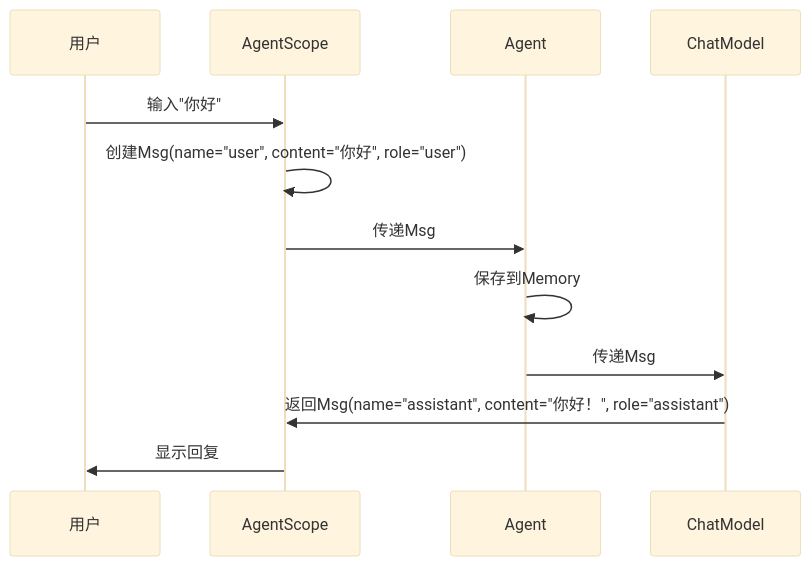
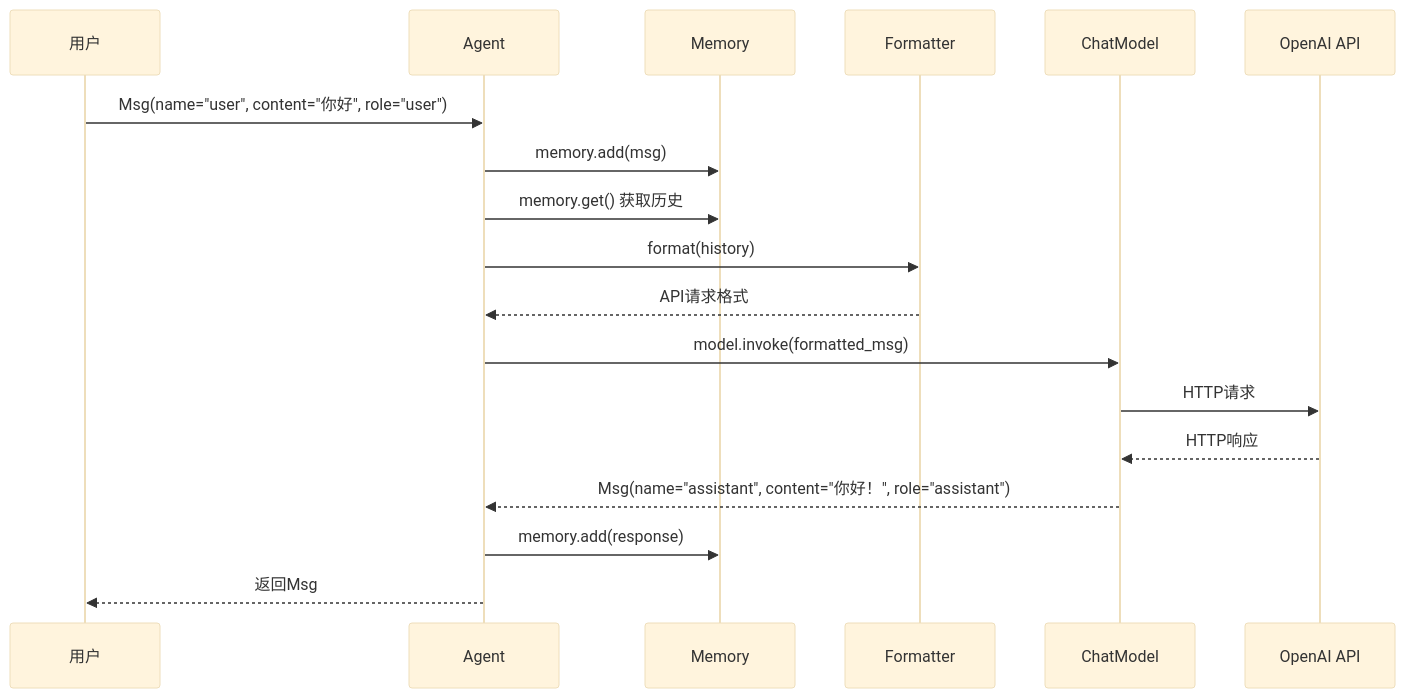
The second of 2 diagrams in teaching/book/practice/station2_user_interface/2-1_what_is_msg.md (agentscope-ai/agentscope), drawn with Mermaid (base theme) before and after one commit. The commit also changed other lines of this file and 31 other files, not shown here.

````diff
--- a/teaching/book/practice/station2_user_interface/2-1_what_is_msg.md
+++ b/teaching/book/practice/station2_user_interface/2-1_what_is_msg.md
@@ -98,15 +231,21 @@
 ```mermaid
 sequenceDiagram
     participant User as 用户
-    participant AS as AgentScope
     participant Agent as Agent
+    participant Memory as Memory
+    participant Formatter as Formatter
     participant Model as ChatModel
-    
-    User->>AS: 输入"你好"
-    AS->>AS: 创建Msg(name="user", content="你好", role="user")
-    AS->>Agent: 传递Msg
-    Agent->>Agent: 保存到Memory
-    Agent->>Model: 传递Msg
-    Model->>AS: 返回Msg(name="assistant", content="你好！", role="assistant")
-    AS->>User: 显示回复
+    participant API as OpenAI API
+
+    User->>Agent: Msg(name="user", content="你好", role="user")
+    Agent->>Memory: memory.add(msg)
+    Agent->>Memory: memory.get() 获取历史
+    Agent->>Formatter: format(history)
+    Formatter-->>Agent: API请求格式
+    Agent->>Model: model.invoke(formatted_msg)
+    Model->>API: HTTP请求
+    API-->>Model: HTTP响应
+    Model-->>Agent: Msg(name="assistant", content="你好！", role="assistant")
+    Agent->>Memory: memory.add(response)
+    Agent-->>User: 返回Msg
 ```
````
